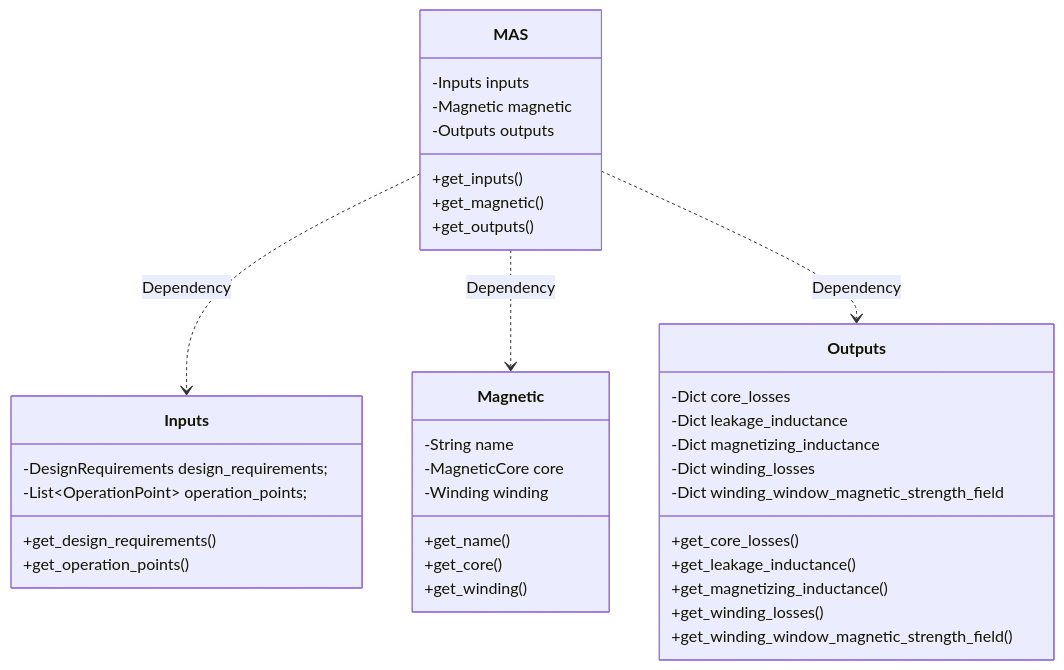
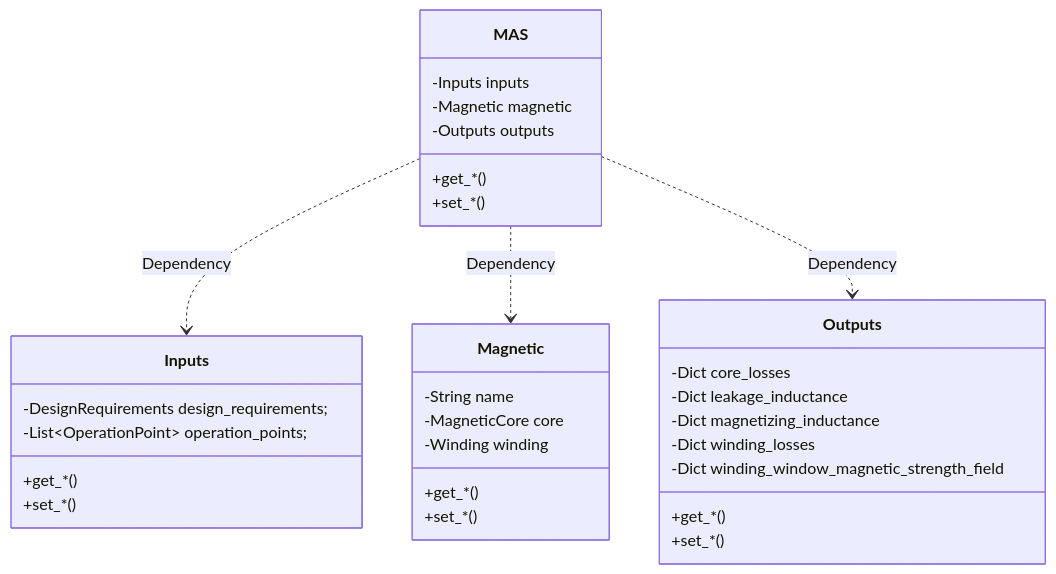
One commit to OpenMagnetics/MAS changed the diagram in README.md. Above: the diagram before and after it, drawn with Mermaid.

````diff
--- a/README.md
+++ b/README.md
@@ -31,55 +31,47 @@
 ```mermaid
 classDiagram
 
 class MAS {
     
     -Inputs inputs
     -Magnetic magnetic
     -Outputs outputs
 
-    +get_inputs()
-	+get_magnetic()
-	+get_outputs()
-    
+    +get_*()
+    +set_*()   
 }
 MAS ..> Inputs : Dependency
 MAS ..> Magnetic : Dependency
 MAS ..> Outputs : Dependency
 
 class Inputs {
     
     -DesignRequirements design_requirements;
     -List~OperationPoint~ operation_points;
 
-    +get_design_requirements()
-    +get_operation_points()
-    
+    +get_*()
+    +set_*()    
 }
 
 class Magnetic {
     
     -String name
     -MagneticCore core
     -Winding winding
 
-    +get_name()
-    +get_core()
-    +get_winding()
-    
+    +get_*()
+    +set_*()
 }
 
 class Outputs {
     -Dict core_losses
     -Dict leakage_inductance
     -Dict magnetizing_inductance
     -Dict winding_losses
     -Dict winding_window_magnetic_strength_field
 
-    +get_core_losses()
-    +get_leakage_inductance()
-    +get_magnetizing_inductance()
-    +get_winding_losses()
-    +get_winding_window_magnetic_strength_field()
+    +get_*()
+    +set_*()
 }
 
 ```
````
